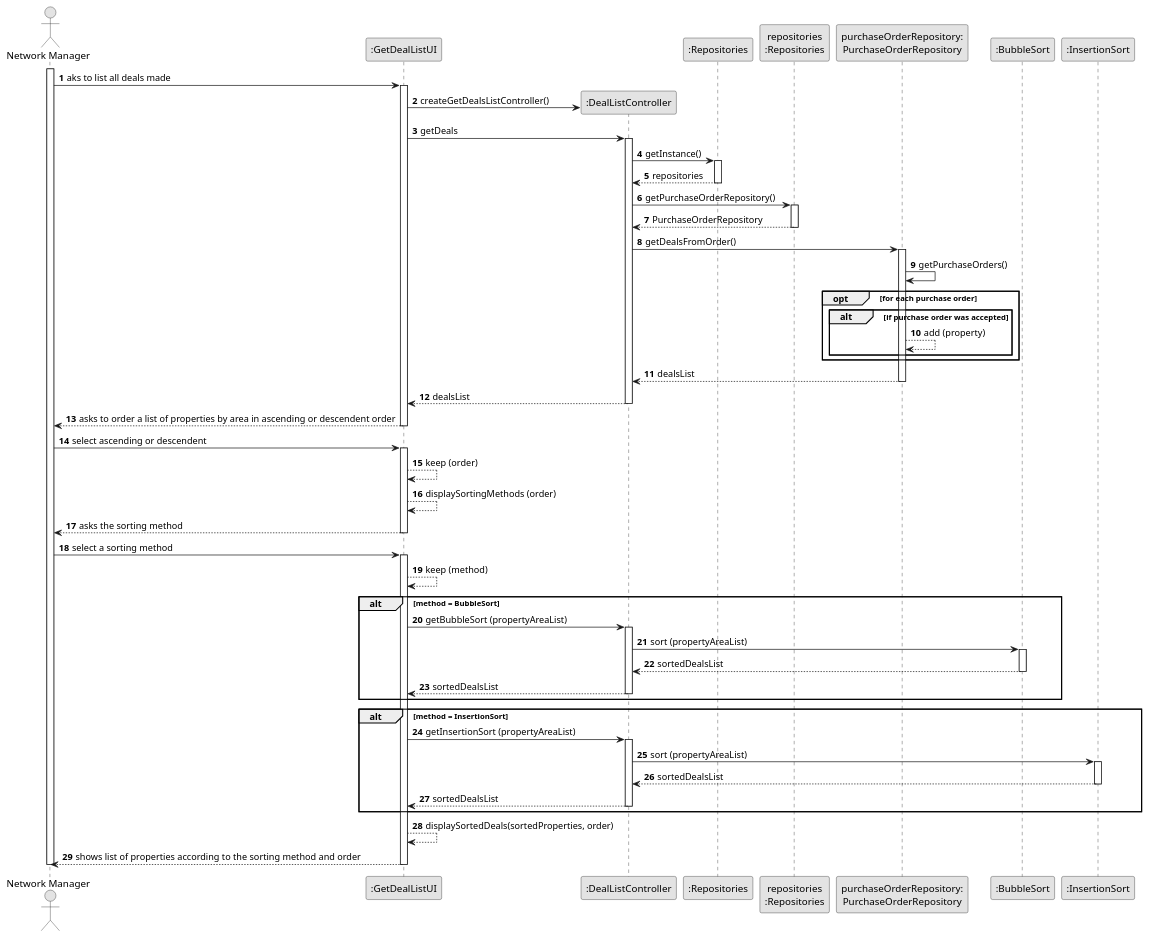
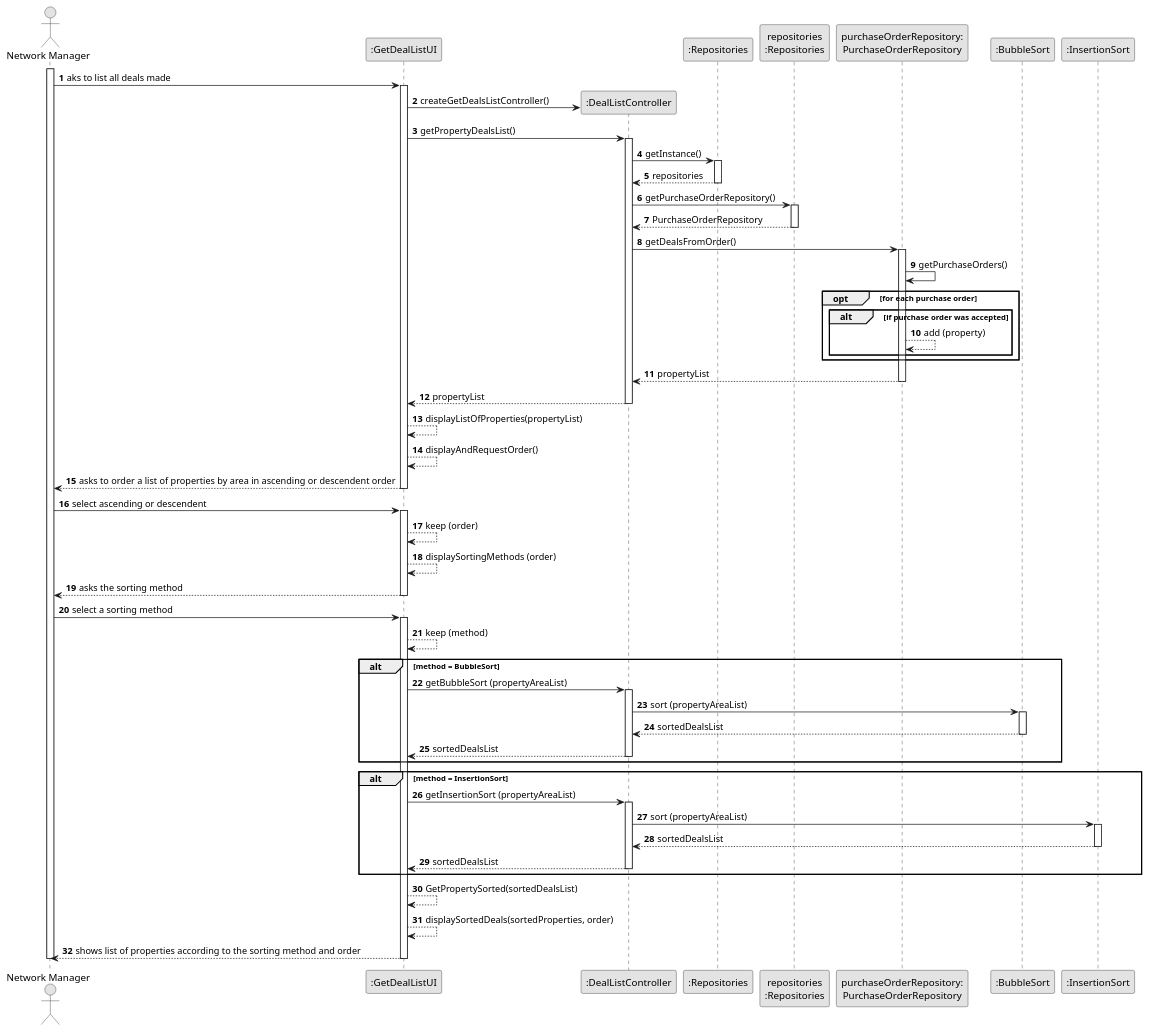
Before and after one commit to Shushizinho/RealEstateUSASystem: the diagram in docs/sprintD/us017/03.design/puml/us017-sequence-diagram-full.puml, drawn with PlantUML. The commit also changed 7 other files, not shown here.

Commit message:
update US17 SD (As a network manager, I want to list all deals made.)

```diff
--- a/docs/sprintD/us017/03.design/puml/us017-sequence-diagram-full.puml
+++ b/docs/sprintD/us017/03.design/puml/us017-sequence-diagram-full.puml
@@ -1,131 +1,135 @@
 @startuml
 skinparam monochrome true
 skinparam packageStyle rectangle
 skinparam shadowing false
 
 
 autonumber
 
 'hide footbox
 actor "Network Manager" as NM
 participant ":GetDealListUI" as UI
 participant ":DealListController" as CTRL
 participant ":Repositories" as RepositorySingleton
 participant "repositories\n:Repositories" as PLAT
 participant "purchaseOrderRepository:\nPurchaseOrderRepository" as OR
 participant ":BubbleSort" as MS
 participant ":InsertionSort" as HS
 
 
 
 activate NM
 
 
     NM -> UI : aks to list all deals made
 
     activate UI
     UI -> CTRL** : createGetDealsListController()
 
-    UI -> CTRL :  getDeals
+    UI -> CTRL :  getPropertyDealsList()
         activate CTRL
 
 
           CTRL -> RepositorySingleton : getInstance()
 
           activate RepositorySingleton
 
           RepositorySingleton --> CTRL: repositories
           deactivate RepositorySingleton
 
          CTRL -> PLAT : getPurchaseOrderRepository()
         activate PLAT
 
            PLAT --> CTRL : PurchaseOrderRepository
         deactivate PLAT
 
          CTRL -> OR : getDealsFromOrder()
              activate OR
 
              OR -> OR : getPurchaseOrders()
 
              opt  for each purchase order
              alt if purchase order was accepted
 
              OR --> OR : add (property)
              end
 
              end opt
 
-             OR --> CTRL : dealsList
+             OR --> CTRL : propertyList
              deactivate OR
 
-             CTRL --> UI : dealsList
+             CTRL --> UI : propertyList
 
              deactivate CTRL
 
+             UI --> UI : displayListOfProperties(propertyList)
 
+
+            UI --> UI : displayAndRequestOrder()
 
     UI --> NM : asks to order a list of properties by area in ascending or descendent order
 
 
     deactivate UI
 
 
     NM -> UI : select ascending or descendent
 
     activate UI
     UI --> UI : keep (order)
 
     UI --> UI : displaySortingMethods (order)
 
     UI --> NM : asks the sorting method
     deactivate UI
 
 
     NM -> UI : select a sorting method
 
     activate UI
 
    UI --> UI : keep (method)
         alt method = BubbleSort
        UI -> CTRL : getBubbleSort (propertyAreaList)
            activate CTRL
 
 
 
             CTRL -> MS : sort (propertyAreaList)
             activate MS
             MS --> CTRL : sortedDealsList
             deactivate MS
 
             CTRL --> UI : sortedDealsList
             deactivate CTRL
             end
 
             alt method = InsertionSort
             UI -> CTRL : getInsertionSort (propertyAreaList)
             activate CTRL
 
             CTRL -> HS : sort (propertyAreaList)
             activate HS
             HS --> CTRL : sortedDealsList
             deactivate HS
 
 
            CTRL --> UI : sortedDealsList
            deactivate CTRL
            end
 
            deactivate CTRL
+    UI --> UI : GetPropertySorted(sortedDealsList)
 
 
        UI --> UI : displaySortedDeals(sortedProperties, order)
 
     UI --> NM : shows list of properties according to the sorting method and order
 
     deactivate UI
 
 
 deactivate NM
 
 @enduml
```
